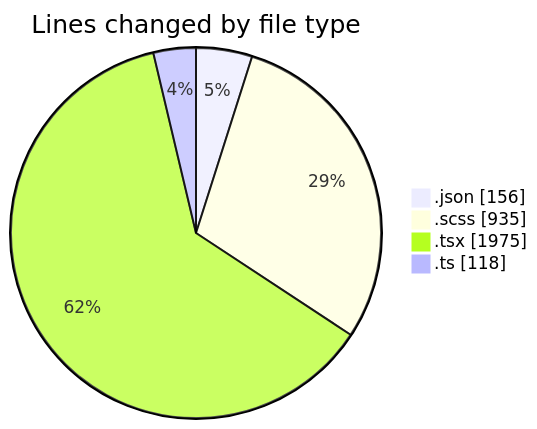
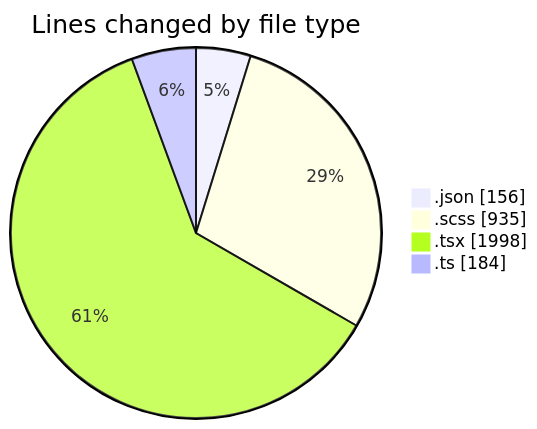
The first of 2 diagrams in 2026-02-17/cda/README.md (momahboobian/code-tracking), drawn with Mermaid before and after one commit. The commit also changed other lines of this file and 1 other file, not shown here.

````diff
--- a/2026-02-17/cda/README.md
+++ b/2026-02-17/cda/README.md
@@ -30,8 +31,8 @@
 ```mermaid
 pie showData
 title Lines changed by file type
 ".json" : 156
 ".scss" : 935
-".tsx" : 1975
-".ts" : 118
+".tsx" : 1998
+".ts" : 184
 ```
````
